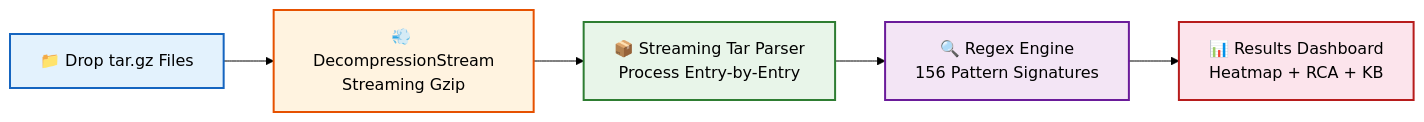
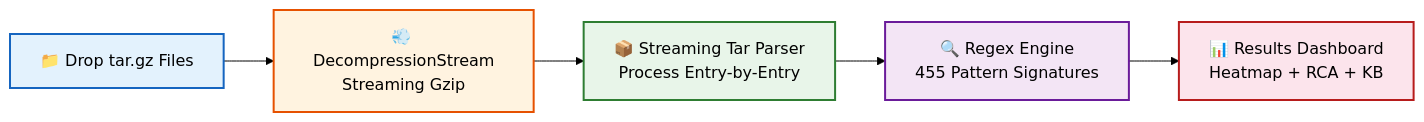
One commit to yadakrishna245/Log_analysis changed the first of 15 diagrams in README.md. Above: the diagram before and after it, drawn with Mermaid (forest theme). The commit also changed other lines of this file, not shown here.

````diff
--- a/README.md
+++ b/README.md
@@ -82,13 +82,13 @@
 ```mermaid
 flowchart LR
     A[📁 Drop tar.gz Files] --> B[💨 DecompressionStream<br/>Streaming Gzip]
     B --> C[📦 Streaming Tar Parser<br/>Process Entry-by-Entry]
-    C --> D[🔍 Regex Engine<br/>156 Pattern Signatures]
+    C --> D[🔍 Regex Engine<br/>455 Pattern Signatures]
     D --> E[📊 Results Dashboard<br/>Heatmap + RCA + KB]
 
     style A fill:#e3f2fd,stroke:#1565c0,stroke-width:2px
     style B fill:#fff3e0,stroke:#e65100,stroke-width:2px
     style C fill:#e8f5e9,stroke:#2e7d32,stroke-width:2px
     style D fill:#f3e5f5,stroke:#6a1b9a,stroke-width:2px
     style E fill:#fce4ec,stroke:#b71c1c,stroke-width:2px
 ```
````
